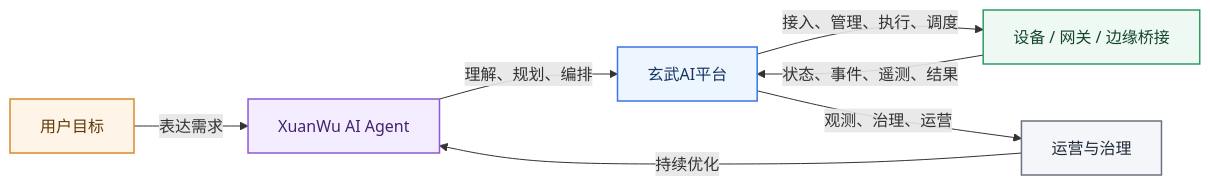
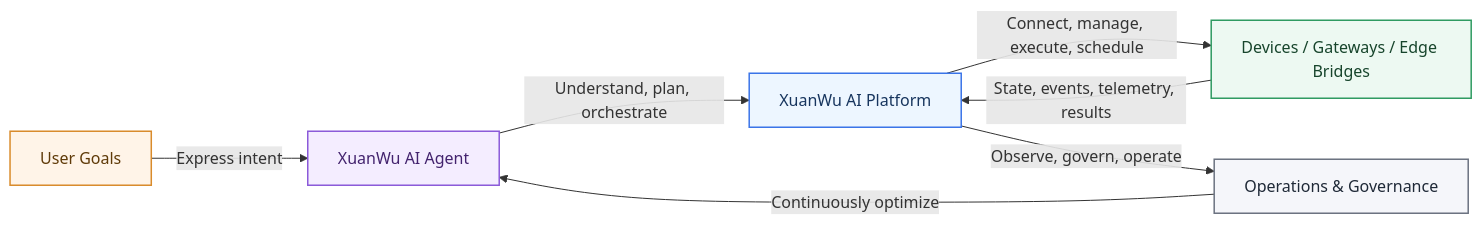
One commit to GrissonWu07/xuanwu-ai-platform changed the first of 2 diagrams in README.md. Above: the diagram before and after it, drawn with Mermaid. The commit also changed other lines of this file and 3 other files, not shown here.

````diff
--- a/README.md
+++ b/README.md
@@ -92,27 +92,27 @@
 ```mermaid
 flowchart LR
-    User["用户目标"]
+    User["User Goals"]
     Agent["XuanWu AI Agent"]
-    Platform["玄武AI平台"]
-    Devices["设备 / 网关 / 边缘桥接"]
-    Ops["运营与治理"]
+    Platform["XuanWu AI Platform"]
+    Devices["Devices / Gateways / Edge Bridges"]
+    Ops["Operations & Governance"]
 
-    User -->|"表达需求"| Agent
-    Agent -->|"理解、规划、编排"| Platform
-    Platform -->|"接入、管理、执行、调度"| Devices
-    Devices -->|"状态、事件、遥测、结果"| Platform
-    Platform -->|"观测、治理、运营"| Ops
-    Ops -->|"持续优化"| Agent
+    User -->|"Express intent"| Agent
+    Agent -->|"Understand, plan, orchestrate"| Platform
+    Platform -->|"Connect, manage, execute, schedule"| Devices
+    Devices -->|"State, events, telemetry, results"| Platform
+    Platform -->|"Observe, govern, operate"| Ops
+    Ops -->|"Continuously optimize"| Agent
 
     classDef user fill:#fff4e8,stroke:#d98b2b,color:#5f3a08,stroke-width:1.5px;
     classDef agent fill:#f4edff,stroke:#8b5ad9,color:#43236e,stroke-width:1.5px;
     classDef platform fill:#edf6ff,stroke:#3a74e8,color:#17355e,stroke-width:1.5px;
     classDef devices fill:#edf9f2,stroke:#2f9b62,color:#17452c,stroke-width:1.5px;
     classDef ops fill:#f5f6fa,stroke:#6b7280,color:#1f2937,stroke-width:1.5px;
 
     class User user;
     class Agent agent;
     class Platform platform;
     class Devices devices;
     class Ops ops;
 ```
````
